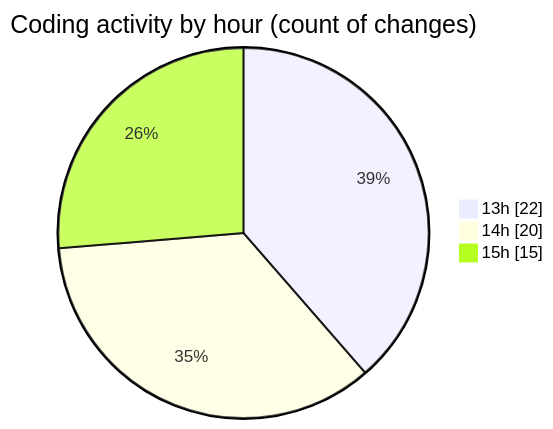
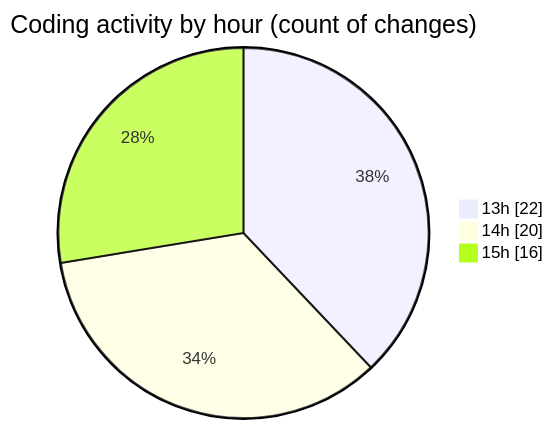
Before and after one commit to donsfak/code-tracking: the second of 2 diagrams in 2025-02-24/drivers_app/README.md, drawn with Mermaid. The commit also changed other lines of this file and 1 other file, not shown here.

````diff
--- a/2025-02-24/drivers_app/README.md
+++ b/2025-02-24/drivers_app/README.md
@@ -38,7 +38,7 @@
 ```mermaid
 pie showData
 title Coding activity by hour (count of changes)
 "13h" : 22
 "14h" : 20
-"15h" : 15
+"15h" : 16
 ```
````
